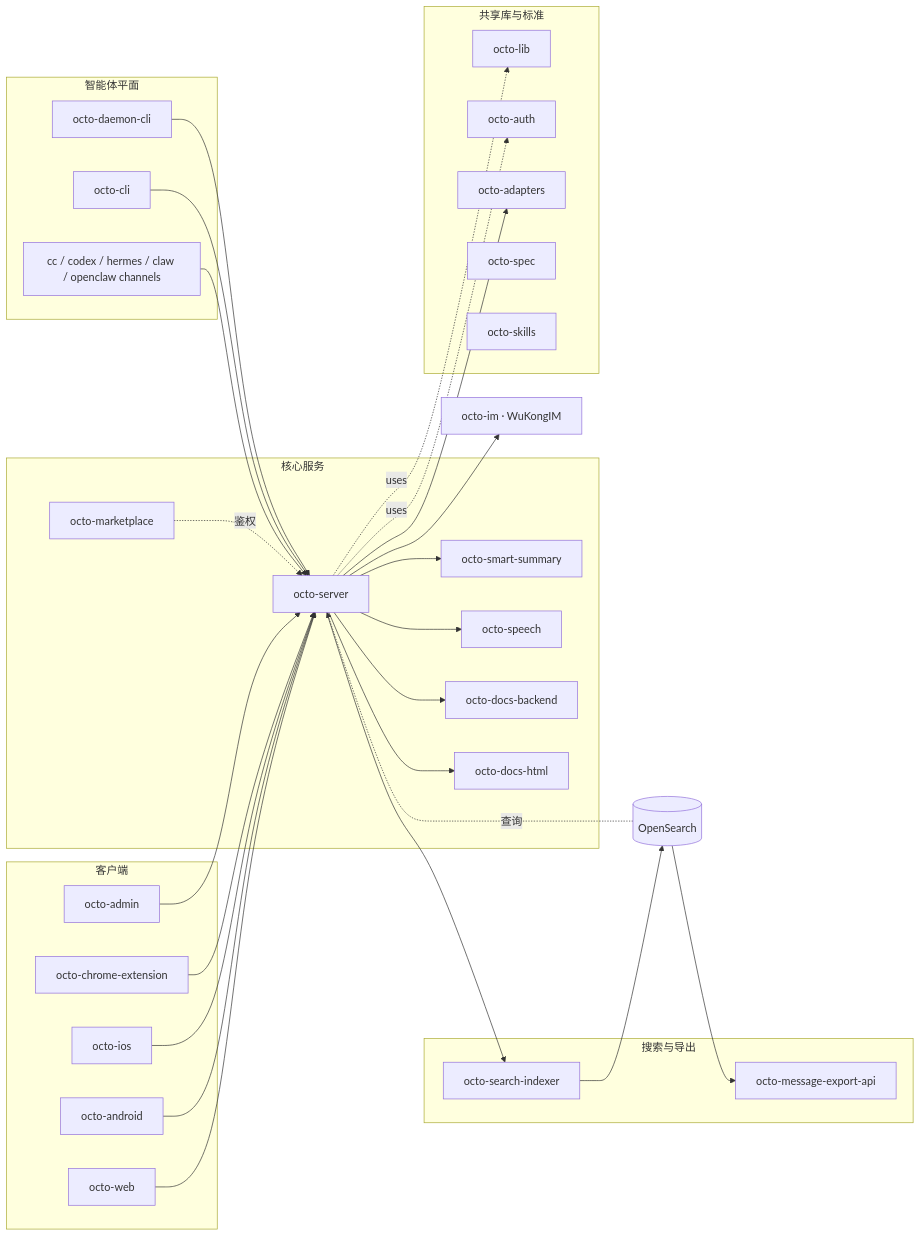
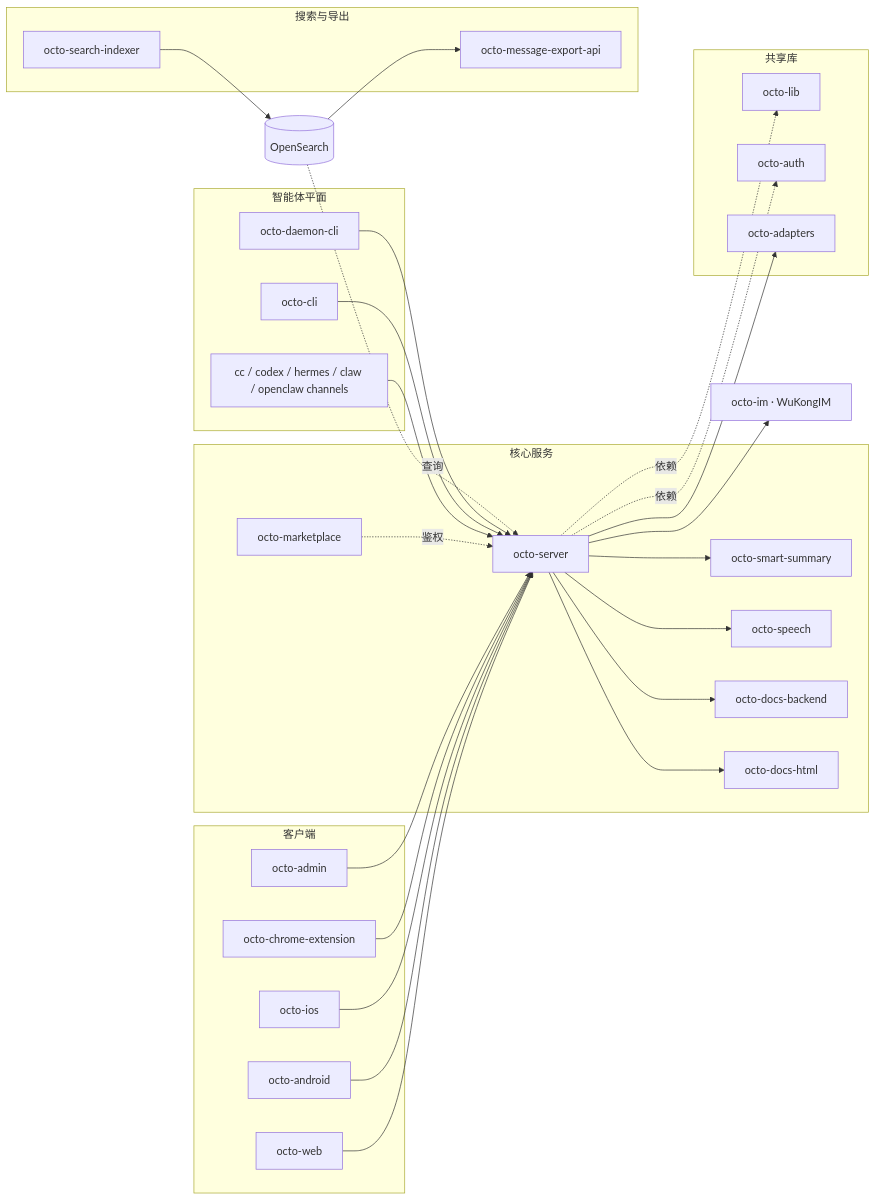
One commit to Mininglamp-OSS/octo-docs changed the diagram in zh/ecosystem/repository-guide.mdx. Above: the diagram before and after it, drawn with Mermaid. The commit also changed 1 other file, not shown here.

Commit message:
docs: repo-guide — indexer is standalone (not fed by server); tidy graph
- Remove the incorrect server → octo-search-indexer edge; the indexer reads the
  message store directly and writes OpenSearch, which server & export read.
- Drop floating octo-spec/octo-skills nodes from the graph (kept in the tables).
- Translate zh 'uses' edge labels to 依赖 for consistency. EN + zh.

````diff
--- a/zh/ecosystem/repository-guide.mdx
+++ b/zh/ecosystem/repository-guide.mdx
@@ -12,58 +12,55 @@
 ```mermaid
 graph LR
   subgraph clients["客户端"]
     web[octo-web]
     android[octo-android]
     ios[octo-ios]
     ext[octo-chrome-extension]
     adm[octo-admin]
   end
   subgraph coregrp["核心服务"]
     server[octo-server]
     summary[octo-smart-summary]
     speech[octo-speech]
     market[octo-marketplace]
     dbe[octo-docs-backend]
     dhtml[octo-docs-html]
   end
   im[octo-im · WuKongIM]
   osx[(OpenSearch)]
   subgraph searchgrp["搜索与导出"]
     idx[octo-search-indexer]
     exp[octo-message-export-api]
   end
   subgraph agentgrp["智能体平面"]
     channels[cc / codex / hermes / claw / openclaw channels]
     cli[octo-cli]
     daemon[octo-daemon-cli]
   end
-  subgraph sharedgrp["共享库与标准"]
+  subgraph sharedgrp["共享库"]
     lib[octo-lib]
     auth[octo-auth]
     adapters[octo-adapters]
-    spec[octo-spec]
-    skills[octo-skills]
   end
 
   web --> server
   android --> server
   ios --> server
   ext --> server
   adm --> server
   server --> im
   server --> summary
   server --> speech
   market -.鉴权.-> server
   server --> dbe
   server --> dhtml
   channels --> server
   cli --> server
   daemon --> server
-  server --> idx
   idx --> osx
   osx -.查询.-> server
   osx --> exp
-  server -.uses.-> lib
-  server -.uses.-> auth
+  server -.依赖.-> lib
+  server -.依赖.-> auth
   server --> adapters
 ```
````
